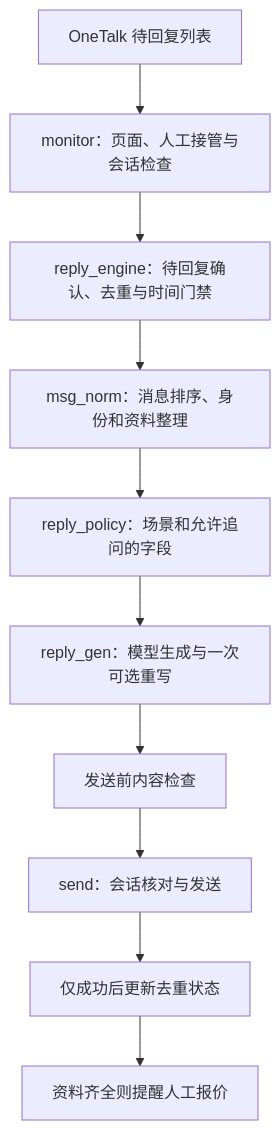
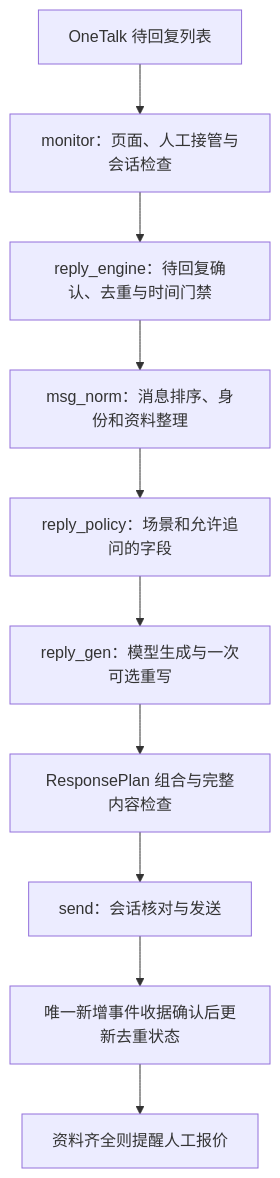
Before and after one commit to Benuuh/alibaba-auto-reply: the diagram in README.md, drawn with Mermaid. The commit also changed other lines of this file and 356 other files, not shown here.

```diff
--- a/README.md
+++ b/README.md
@@ -43,12 +45,12 @@
 ~~~mermaid
 flowchart TD
     A[OneTalk 待回复列表] --> B[monitor：页面、人工接管与会话检查]
     B --> C[reply_engine：待回复确认、去重与时间门禁]
     C --> D[msg_norm：消息排序、身份和资料整理]
     D --> E[reply_policy：场景和允许追问的字段]
     E --> F[reply_gen：模型生成与一次可选重写]
-    F --> G[发送前内容检查]
+    F --> G[ResponsePlan 组合与完整内容检查]
     G --> H[send：会话核对与发送]
-    H --> I[仅成功后更新去重状态]
+    H --> I[唯一新增事件收据确认后更新去重状态]
     I --> J[资料齐全则提醒人工报价]
 ~~~
```
